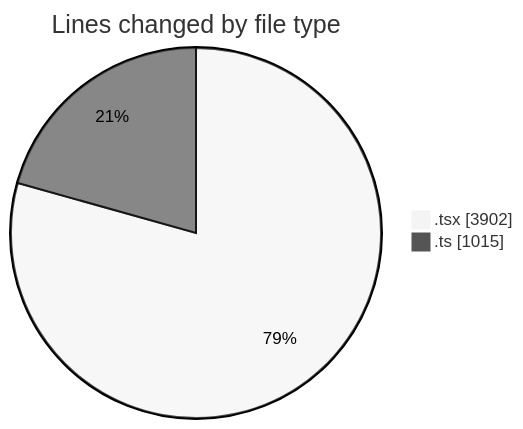
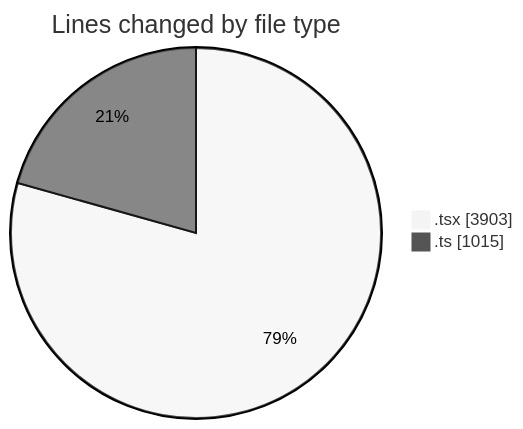
The first of 2 diagrams in 2025-07-02/cda/README.md (momahboobian/code-tracking), drawn with Mermaid (neutral theme) before and after one commit. The commit also changed other lines of this file and 1 other file, not shown here.

````diff
--- a/2025-07-02/cda/README.md
+++ b/2025-07-02/cda/README.md
@@ -32,6 +32,6 @@
 ```mermaid
 pie showData
 title Lines changed by file type
-".tsx" : 3902
+".tsx" : 3903
 ".ts" : 1015
 ```
````
